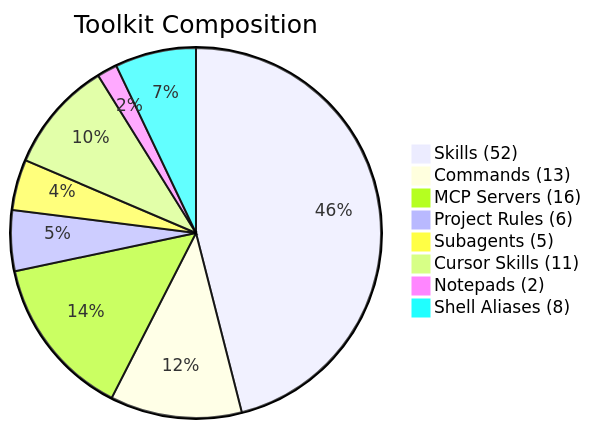
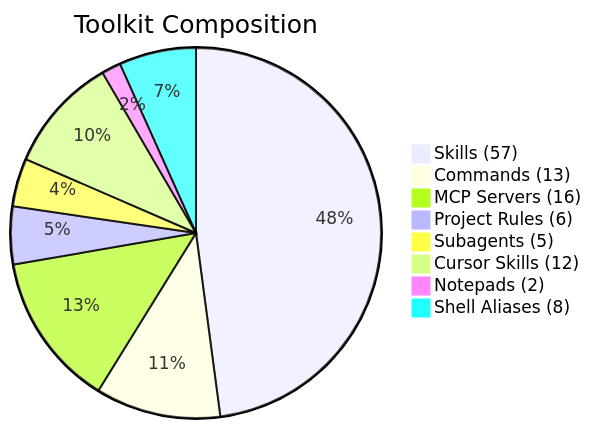
One commit to kensaurus/cursor-kenji changed the second of 12 diagrams in README.md. Above: the diagram before and after it, drawn with Mermaid. The commit also changed other lines of this file and 28 other files, not shown here.

````diff
--- a/README.md
+++ b/README.md
@@ -105,11 +122,11 @@
 ```mermaid
 pie title Toolkit Composition
-    "Skills (52)" : 52
+    "Skills (57)" : 57
     "Commands (13)" : 13
     "MCP Servers (16)" : 16
     "Project Rules (6)" : 6
     "Subagents (5)" : 5
-    "Cursor Skills (11)" : 11
+    "Cursor Skills (12)" : 12
     "Notepads (2)" : 2
     "Shell Aliases (8)" : 8
 ```
````
